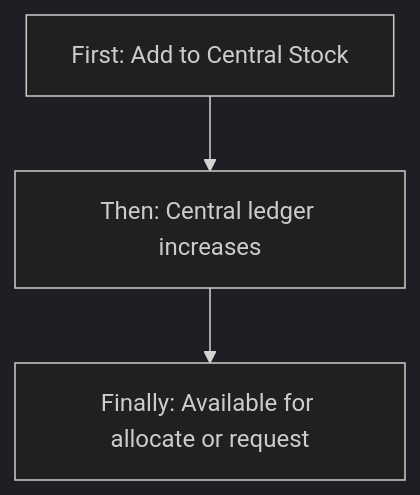
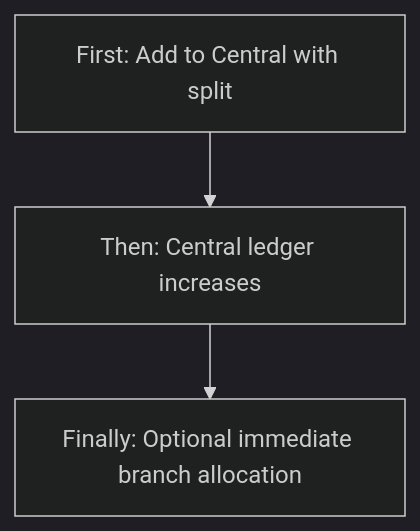
One commit to Aurifex-Innovations/ERP_docs changed the second of 9 diagrams in v0_final_docs/stock-management.md. Above: the diagram before and after it, drawn with Mermaid (dark theme). The commit also changed other lines of this file, not shown here.

````diff
--- a/v0_final_docs/stock-management.md
+++ b/v0_final_docs/stock-management.md
@@ -156,5 +184,5 @@
 ```mermaid
 flowchart TD
-  addCentral["First: Add to Central Stock"] --> ledgerUp["Then: Central ledger increases"]
-  ledgerUp --> ready["Finally: Available for allocate or request"]
+  addCstk["First: Add to Central with split"] --> ledgerC["Then: Central ledger increases"]
+  ledgerC --> optionalAlloc["Finally: Optional immediate branch allocation"]
 ```
````
